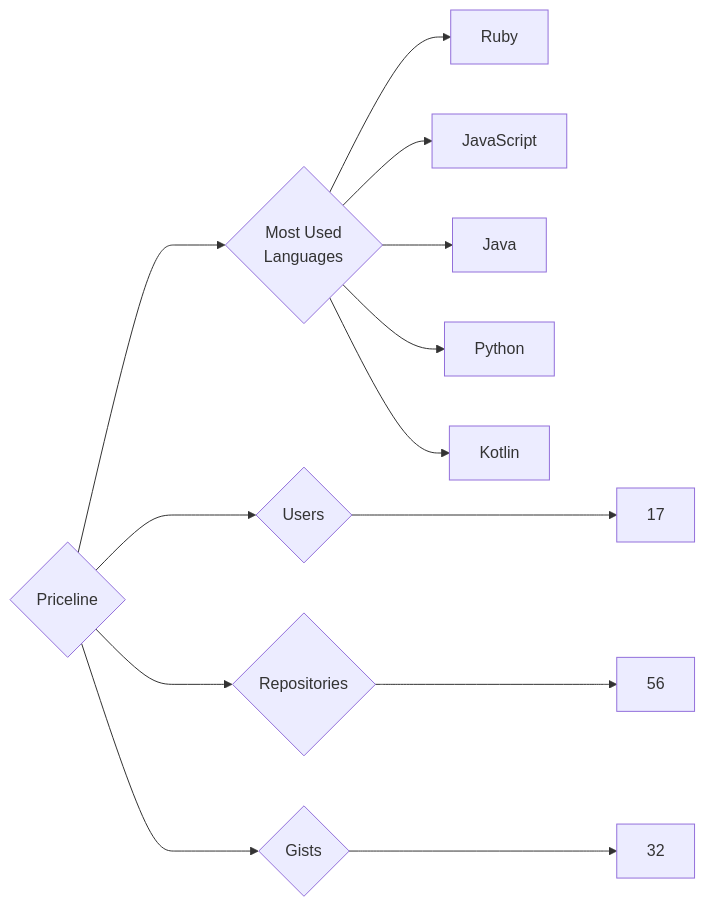
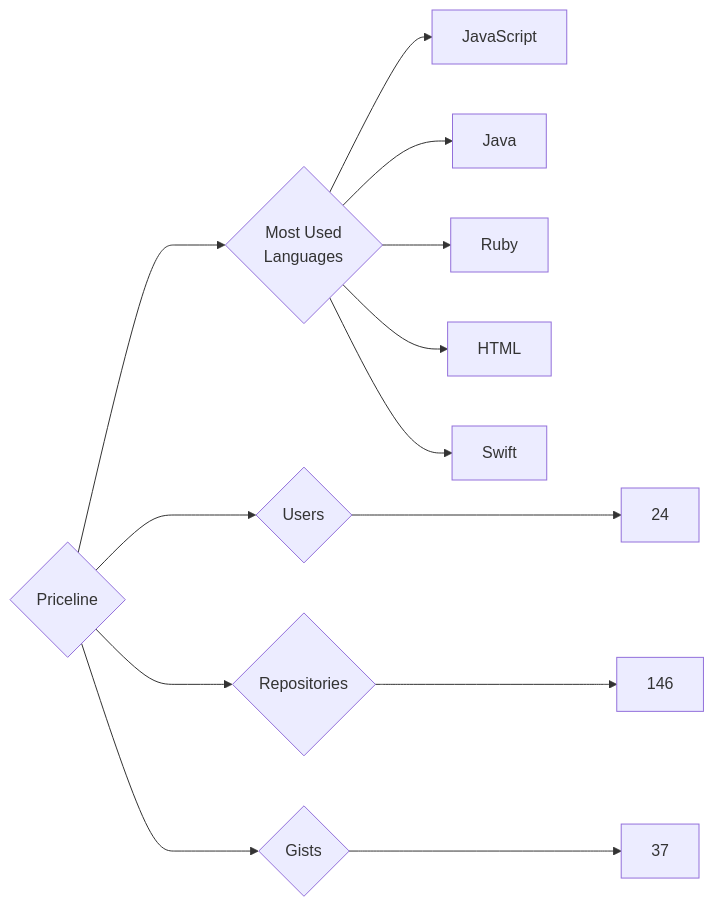
One commit to trickest/insiders changed the diagram in targets/Priceline/README.md. Above: the diagram before and after it, drawn with Mermaid. The commit also changed 806 other files, not shown here.

````diff
--- a/targets/Priceline/README.md
+++ b/targets/Priceline/README.md
@@ -3,13 +3,13 @@
 ```mermaid
 graph LR
 COMPANY_NAME{Priceline}
-COMPANY_NAME ---> U{Users} ---> UN[17]
-COMPANY_NAME ---> R{Repositories} ---> RN[56]
-COMPANY_NAME ---> G{Gists} ---> GN[32]
+COMPANY_NAME ---> U{Users} ---> UN[24]
+COMPANY_NAME ---> R{Repositories} ---> RN[146]
+COMPANY_NAME ---> G{Gists} ---> GN[37]
 COMPANY_NAME ---> ML{Most Used<br>Languages}
-ML --> Ruby[Ruby]
 ML --> JavaScript[JavaScript]
 ML --> Java[Java]
-ML --> Python[Python]
-ML --> Kotlin[Kotlin]
+ML --> Ruby[Ruby]
+ML --> HTML[HTML]
+ML --> Swift[Swift]
 ```
````
